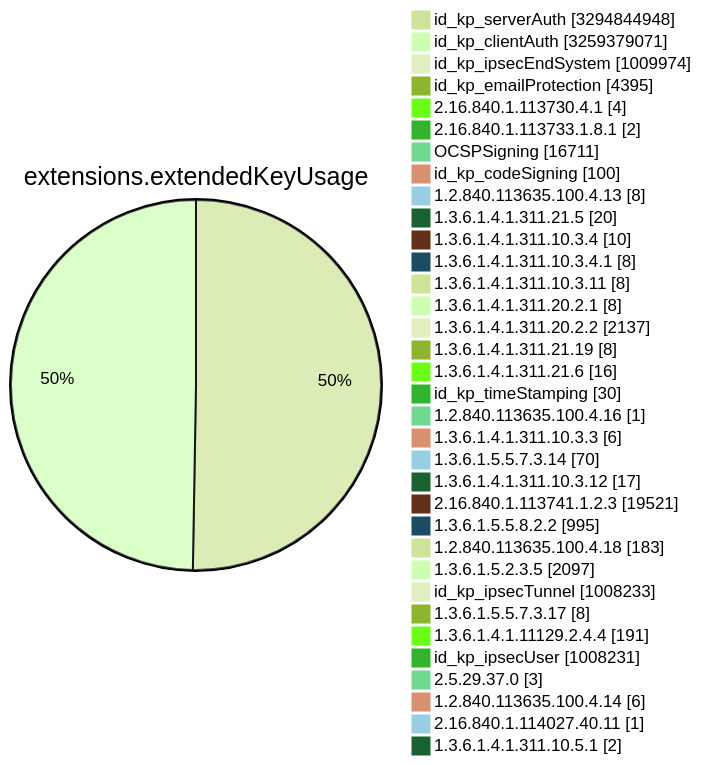
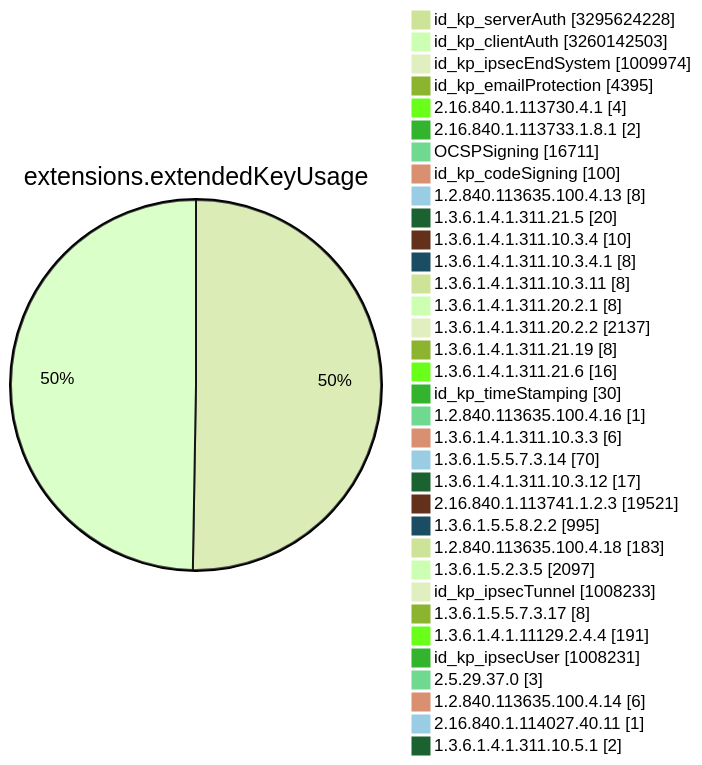
Diagram 11 of 15 in TOTAL/README.md (christiankrug/ctmonitor_visualization), drawn with Mermaid (forest theme) before and after one commit. The commit also changed other lines of this file, not shown here.

````diff
--- a/TOTAL/README.md
+++ b/TOTAL/README.md
@@ -4120,38 +4120,38 @@
 ```mermaid
 pie showData
 title extensions.extendedKeyUsage
-"id_kp_serverAuth" :3294844948
-"id_kp_clientAuth" :3259379071
+"id_kp_serverAuth" :3295624228
+"id_kp_clientAuth" :3260142503
 "id_kp_ipsecEndSystem" :1009974
 "id_kp_emailProtection" :4395
 "2.16.840.1.113730.4.1" :4
 "2.16.840.1.113733.1.8.1" :2
 "OCSPSigning" :16711
 "id_kp_codeSigning" :100
 "1.2.840.113635.100.4.13" :8
 "1.3.6.1.4.1.311.21.5" :20
 "1.3.6.1.4.1.311.10.3.4" :10
 "1.3.6.1.4.1.311.10.3.4.1" :8
 "1.3.6.1.4.1.311.10.3.11" :8
 "1.3.6.1.4.1.311.20.2.1" :8
 "1.3.6.1.4.1.311.20.2.2" :2137
 "1.3.6.1.4.1.311.21.19" :8
 "1.3.6.1.4.1.311.21.6" :16
 "id_kp_timeStamping" :30
 "1.2.840.113635.100.4.16" :1
 "1.3.6.1.4.1.311.10.3.3" :6
 "1.3.6.1.5.5.7.3.14" :70
 "1.3.6.1.4.1.311.10.3.12" :17
 "2.16.840.1.113741.1.2.3" :19521
 "1.3.6.1.5.5.8.2.2" :995
 "1.2.840.113635.100.4.18" :183
 "1.3.6.1.5.2.3.5" :2097
 "id_kp_ipsecTunnel" :1008233
 "1.3.6.1.5.5.7.3.17" :8
 "1.3.6.1.4.1.11129.2.4.4" :191
 "id_kp_ipsecUser" :1008231
 "2.5.29.37.0" :3
 "1.2.840.113635.100.4.14" :6
 "2.16.840.1.114027.40.11" :1
 "1.3.6.1.4.1.311.10.5.1" :2
 ```
````
